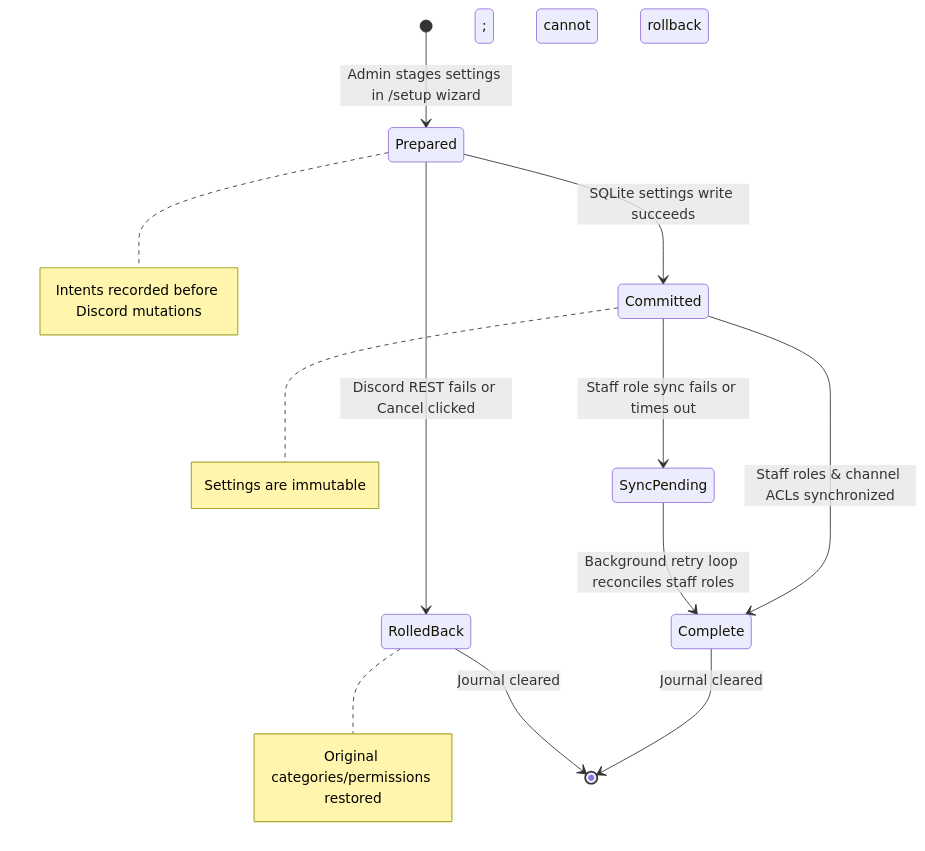
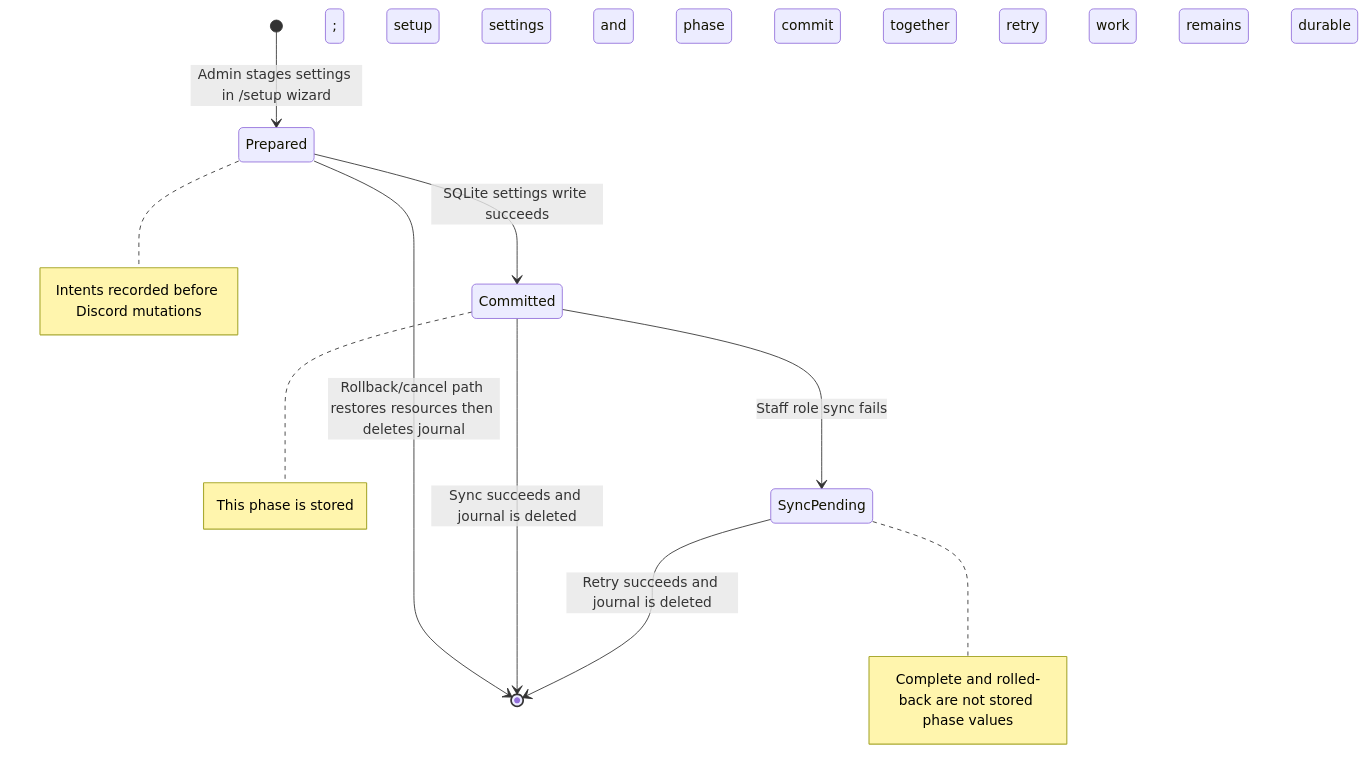
One commit to Vectorphy/crispy-octo-happiness changed the third of 5 diagrams in database_architecture.md. Above: the diagram before and after it, drawn with Mermaid. The commit also changed other lines of this file and 41 other files, not shown here.

````diff
--- a/database_architecture.md
+++ b/database_architecture.md
@@ -493,18 +481,14 @@
 ```mermaid
 stateDiagram-v2
     [*] --> Prepared: Admin stages settings in /setup wizard
     note right of Prepared: Intents recorded before Discord mutations
     
     Prepared --> Committed: SQLite settings write succeeds
-    note right of Committed: Settings are immutable; cannot rollback
+    note right of Committed: This phase is stored; setup settings and phase commit together
     
-    Prepared --> RolledBack: Discord REST fails or Cancel clicked
-    note right of RolledBack: Original categories/permissions restored
-    
-    Committed --> SyncPending: Staff role sync fails or times out
-    Committed --> Complete: Staff roles & channel ACLs synchronized
-    
-    SyncPending --> Complete: Background retry loop reconciles staff roles
-    Complete --> [*]: Journal cleared
-    RolledBack --> [*]: Journal cleared
+    Prepared --> [*]: Rollback/cancel path restores resources then deletes journal
+    Committed --> SyncPending: Staff role sync fails; retry work remains durable
+    Committed --> [*]: Sync succeeds and journal is deleted
+    SyncPending --> [*]: Retry succeeds and journal is deleted
+    note right of SyncPending: Complete and rolled-back are not stored phase values
 ```
````
